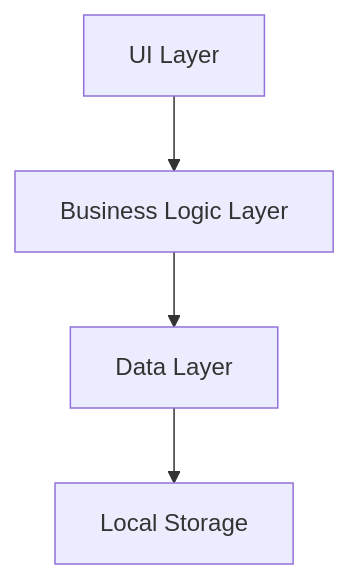
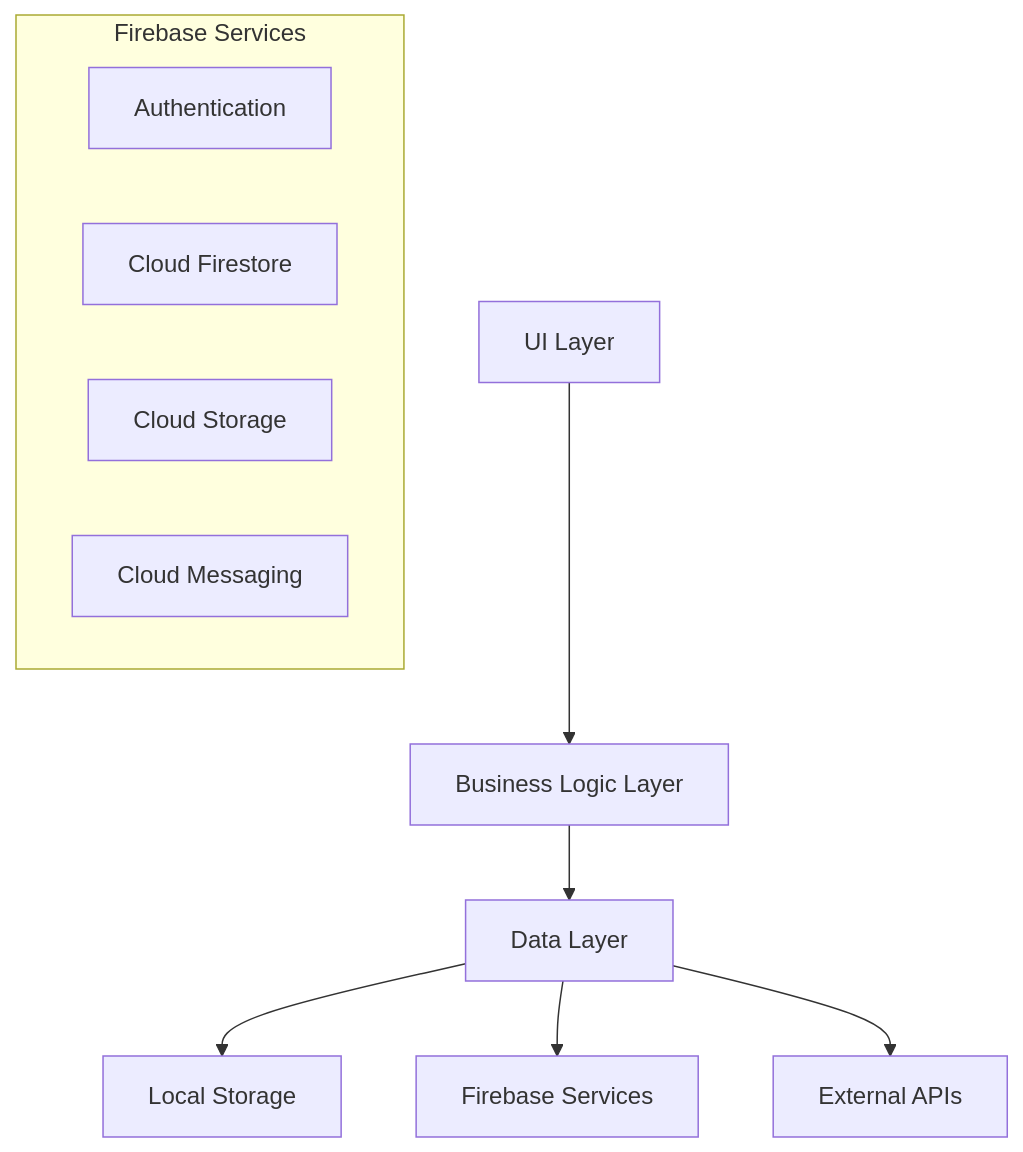
The first of 3 diagrams in memory-bank/systemPatterns.md (HuyDinhamI/SmartFengShuiApp), drawn with Mermaid before and after one commit. The commit also changed other lines of this file and 38 other files, not shown here.

````diff
--- a/memory-bank/systemPatterns.md
+++ b/memory-bank/systemPatterns.md
@@ -7,6 +7,15 @@
 ```mermaid
 flowchart TD
     UI[UI Layer] --> BL[Business Logic Layer]
     BL --> DL[Data Layer]
     DL --> LS[Local Storage]
+    DL --> FB[Firebase Services]
+    DL --> API[External APIs]
+    
+    subgraph Firebase Services
+        Auth[Authentication]
+        Firestore[Cloud Firestore]
+        Storage[Cloud Storage]
+        FCM[Cloud Messaging]
+    end
 ```
````
